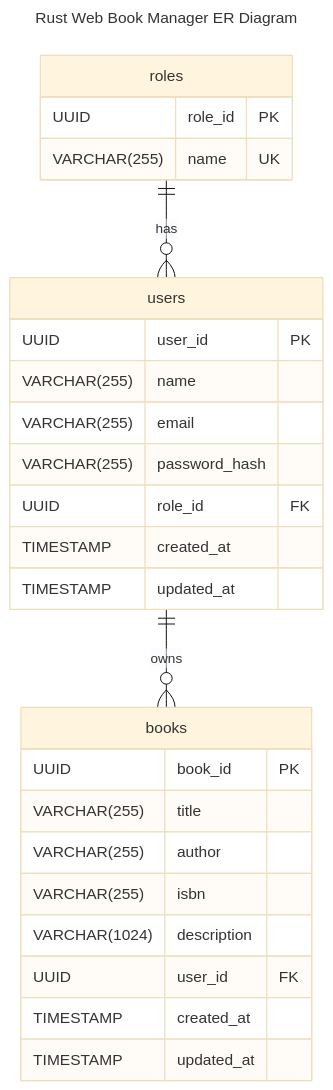
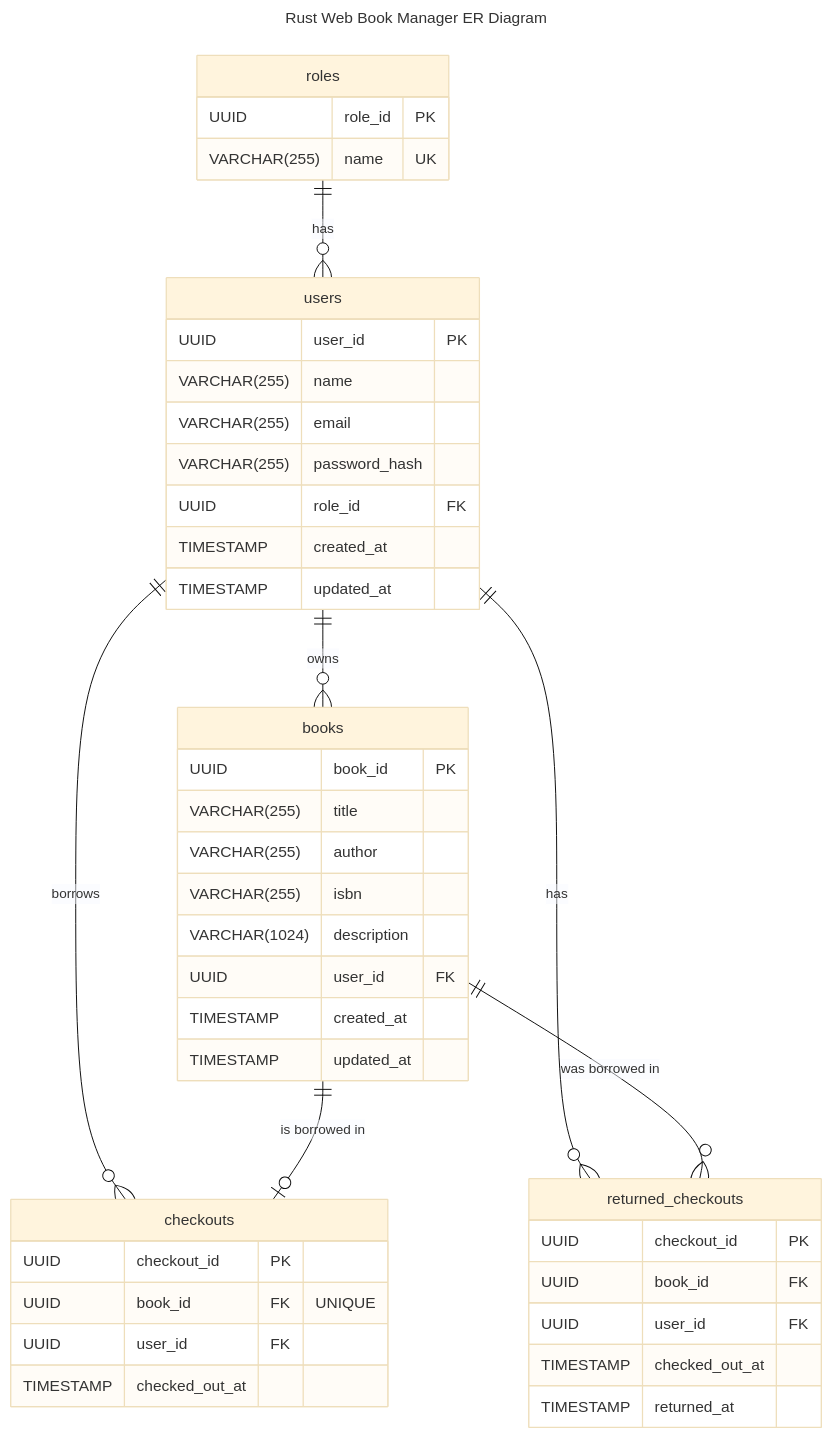
One commit to kurousa/rust-web-bookmanager changed the diagram in doc/er.md. Above: the diagram before and after it, drawn with Mermaid (base theme). The commit also changed 2 other files, not shown here.

Commit message:
add: 貸出中および返却済み貸出情報を管理するテーブルを追加

````diff
--- a/doc/er.md
+++ b/doc/er.md
@@ -1,34 +1,53 @@
 ```mermaid
 ---
 title: "Rust Web Book Manager ER Diagram"
 ---
 erDiagram
     roles ||--o{ users : "has"
     users ||--o{ books : "owns"
+    users ||--o{ checkouts : "borrows"
+    users ||--o{ returned_checkouts : "has"
+    books ||--o| checkouts : "is borrowed in"
+    books ||--o{ returned_checkouts : "was borrowed in"
 
     roles {
         UUID role_id PK
         VARCHAR(255) name UK
     }
 
     users {
         UUID user_id PK
         VARCHAR(255) name
         VARCHAR(255) email
         VARCHAR(255) password_hash
         UUID role_id FK
         TIMESTAMP created_at
         TIMESTAMP updated_at
     }
 
     books {
         UUID book_id PK
         VARCHAR(255) title
         VARCHAR(255) author
         VARCHAR(255) isbn
         VARCHAR(1024) description
         UUID user_id FK
         TIMESTAMP created_at
         TIMESTAMP updated_at
     }
+
+    checkouts {
+        UUID checkout_id PK
+        UUID book_id FK "UNIQUE"
+        UUID user_id FK
+        TIMESTAMP checked_out_at
+    }
+
+    returned_checkouts {
+        UUID checkout_id PK
+        UUID book_id FK
+        UUID user_id FK
+        TIMESTAMP checked_out_at
+        TIMESTAMP returned_at
+    }
 ```
````
